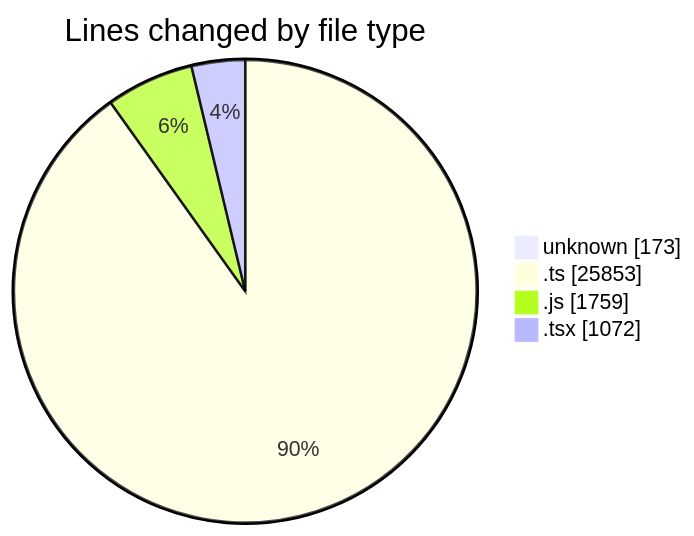
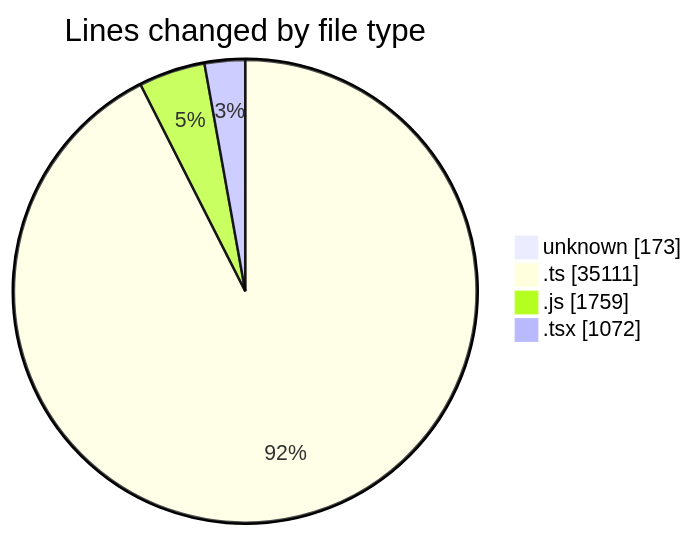
The first of 2 diagrams in 2026-08-24/cda/README.md (momahboobian/code-tracking), drawn with Mermaid before and after one commit. The commit also changed other lines of this file and 1 other file, not shown here.

````diff
--- a/2026-08-24/cda/README.md
+++ b/2026-08-24/cda/README.md
@@ -39,8 +41,8 @@
 ```mermaid
 pie showData
 title Lines changed by file type
 "unknown" : 173
-".ts" : 25853
+".ts" : 35111
 ".js" : 1759
 ".tsx" : 1072
 ```
````
